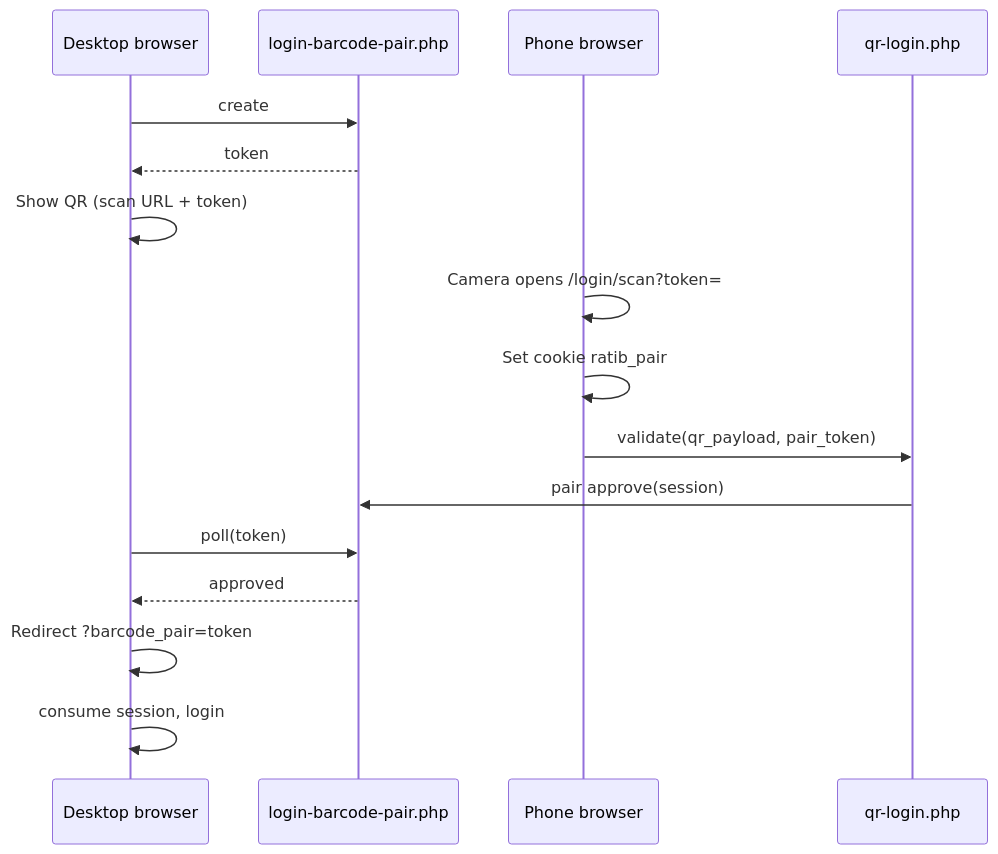
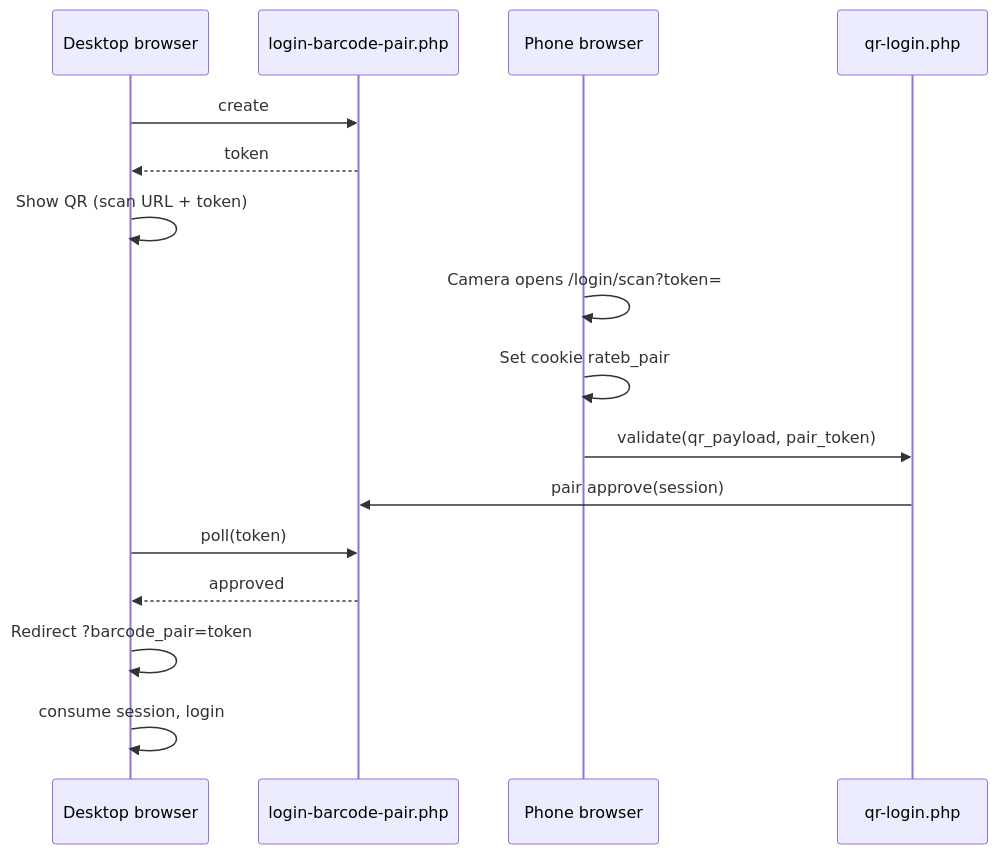
Before and after one commit to ratibstar/ratib-pro: the diagram in docs/QR-BARCODE-LOGIN.md, drawn with Mermaid. The commit also changed other lines of this file and 903 other files, not shown here.

First line of the commit message:
Rebrand RATIB to RATEB and align DirectAdmin production config.

````diff
--- a/docs/QR-BARCODE-LOGIN.md
+++ b/docs/QR-BARCODE-LOGIN.md
@@ -171,19 +171,19 @@
 ```mermaid
 sequenceDiagram
     participant PC as Desktop browser
     participant API as login-barcode-pair.php
     participant Phone as Phone browser
     participant QR as qr-login.php
 
     PC->>API: create
     API-->>PC: token
     PC->>PC: Show QR (scan URL + token)
     Phone->>Phone: Camera opens /login/scan?token=
-    Phone->>Phone: Set cookie ratib_pair
+    Phone->>Phone: Set cookie rateb_pair
     Phone->>QR: validate(qr_payload, pair_token)
     QR->>API: pair approve(session)
     PC->>API: poll(token)
     API-->>PC: approved
     PC->>PC: Redirect ?barcode_pair=token
     PC->>PC: consume session, login
 ```
````
